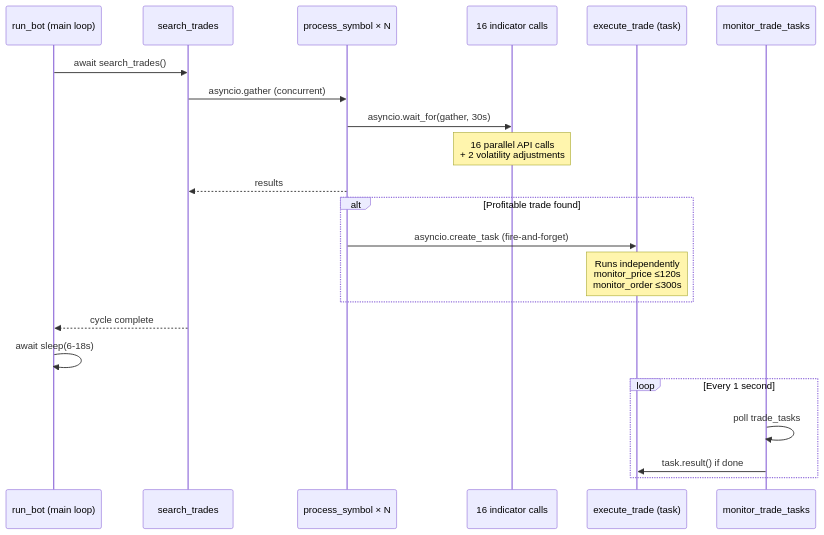
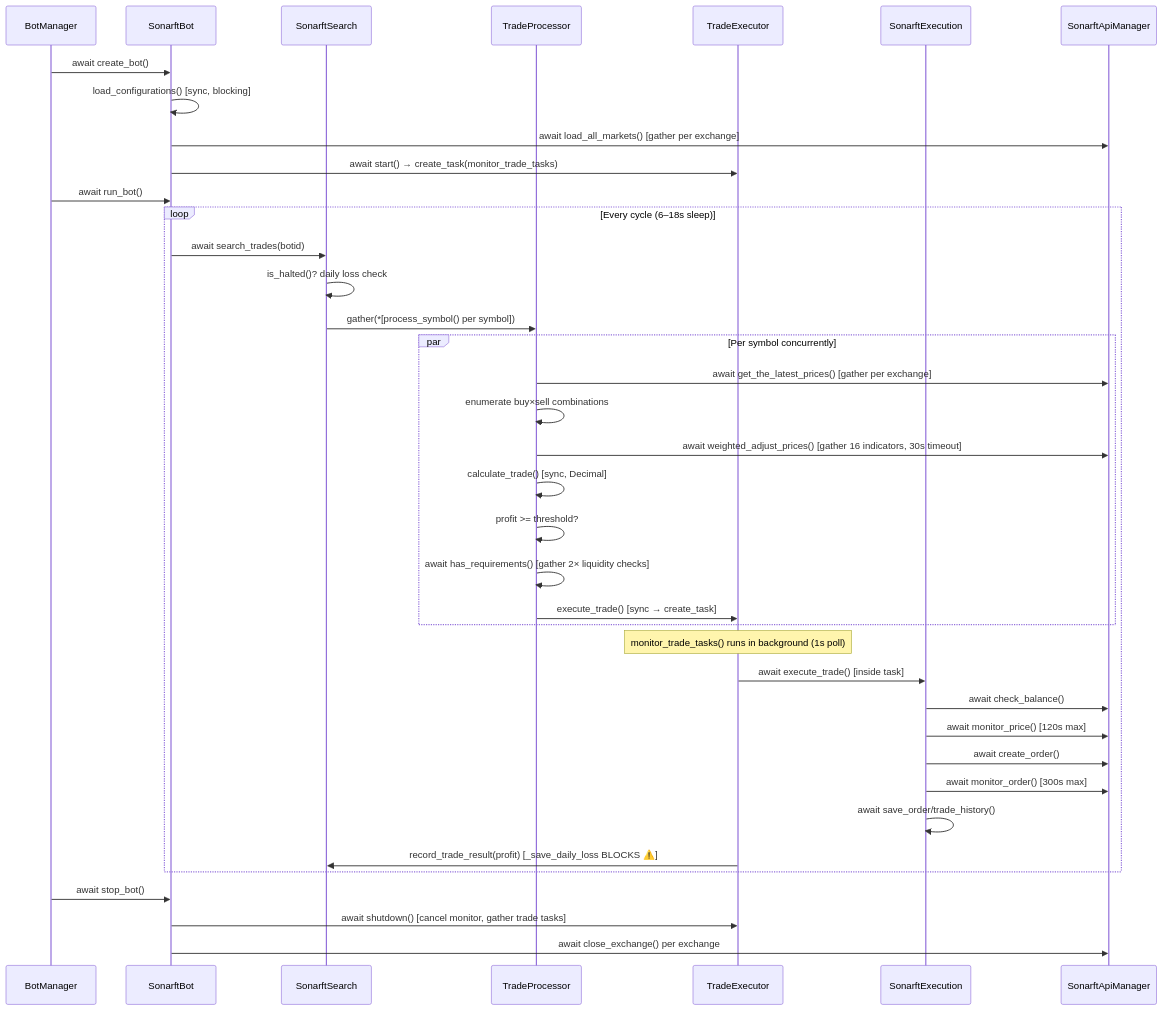
The diagram in packages/bot/docs/async/bot-concurrency.md (jreinaldodasilva/sonarft-monorepo), drawn with Mermaid before and after one commit. The commit also changed other lines of this file and 12 other files, not shown here.

First line of the commit message:
docs(bot): complete 13-prompt AI-assisted code review cycle

````diff
--- a/packages/bot/docs/async/bot-concurrency.md
+++ b/packages/bot/docs/async/bot-concurrency.md
@@ -570,28 +400,45 @@
 ```mermaid
 sequenceDiagram
-    participant Main as run_bot (main loop)
-    participant Search as search_trades
-    participant Sym as process_symbol × N
-    participant Ind as 16 indicator calls
-    participant Trade as execute_trade (task)
-    participant Monitor as monitor_trade_tasks
+    participant BM as BotManager
+    participant SB as SonarftBot
+    participant SS as SonarftSearch
+    participant TP as TradeProcessor
+    participant TE as TradeExecutor
+    participant SX as SonarftExecution
+    participant AM as SonarftApiManager
 
-    Main->>Search: await search_trades()
-    Search->>Sym: asyncio.gather (concurrent)
-    Sym->>Ind: asyncio.wait_for(gather, 30s)
-    Note over Ind: 16 parallel API calls<br/>+ 2 volatility adjustments
-    Sym-->>Search: results
-    
-    alt Profitable trade found
-        Sym->>Trade: asyncio.create_task (fire-and-forget)
-        Note over Trade: Runs independently<br/>monitor_price ≤120s<br/>monitor_order ≤300s
+    BM->>SB: await create_bot()
+    SB->>SB: load_configurations() [sync, blocking]
+    SB->>AM: await load_all_markets() [gather per exchange]
+    SB->>TE: await start() → create_task(monitor_trade_tasks)
+    BM->>SB: await run_bot()
+
+    loop Every cycle (6–18s sleep)
+        SB->>SS: await search_trades(botid)
+        SS->>SS: is_halted()? daily loss check
+        SS->>TP: gather(*[process_symbol() per symbol])
+
+        par Per symbol concurrently
+            TP->>AM: await get_the_latest_prices() [gather per exchange]
+            TP->>TP: enumerate buy×sell combinations
+            TP->>AM: await weighted_adjust_prices() [gather 16 indicators, 30s timeout]
+            TP->>TP: calculate_trade() [sync, Decimal]
+            TP->>TP: profit >= threshold?
+            TP->>TP: await has_requirements() [gather 2× liquidity checks]
+            TP->>TE: execute_trade() [sync → create_task]
+        end
+
+        Note over TE: monitor_trade_tasks() runs in background (1s poll)
+        TE->>SX: await execute_trade() [inside task]
+        SX->>AM: await check_balance()
+        SX->>AM: await monitor_price() [120s max]
+        SX->>AM: await create_order()
+        SX->>AM: await monitor_order() [300s max]
+        SX->>SX: await save_order/trade_history()
+        TE->>SS: record_trade_result(profit) [_save_daily_loss BLOCKS ⚠️]
     end
-    
-    Search-->>Main: cycle complete
-    Main->>Main: await sleep(6-18s)
-    
-    loop Every 1 second
-        Monitor->>Monitor: poll trade_tasks
-        Monitor->>Trade: task.result() if done
-    end
+
+    BM->>SB: await stop_bot()
+    SB->>TE: await shutdown() [cancel monitor, gather trade tasks]
+    SB->>AM: await close_exchange() per exchange
 ```
````
